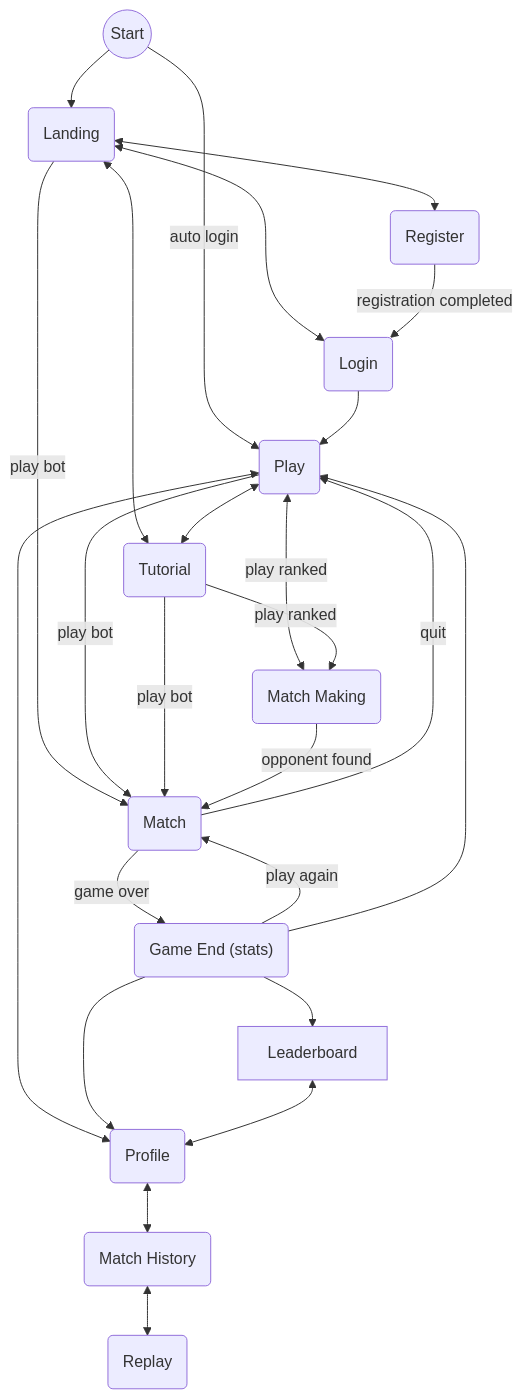
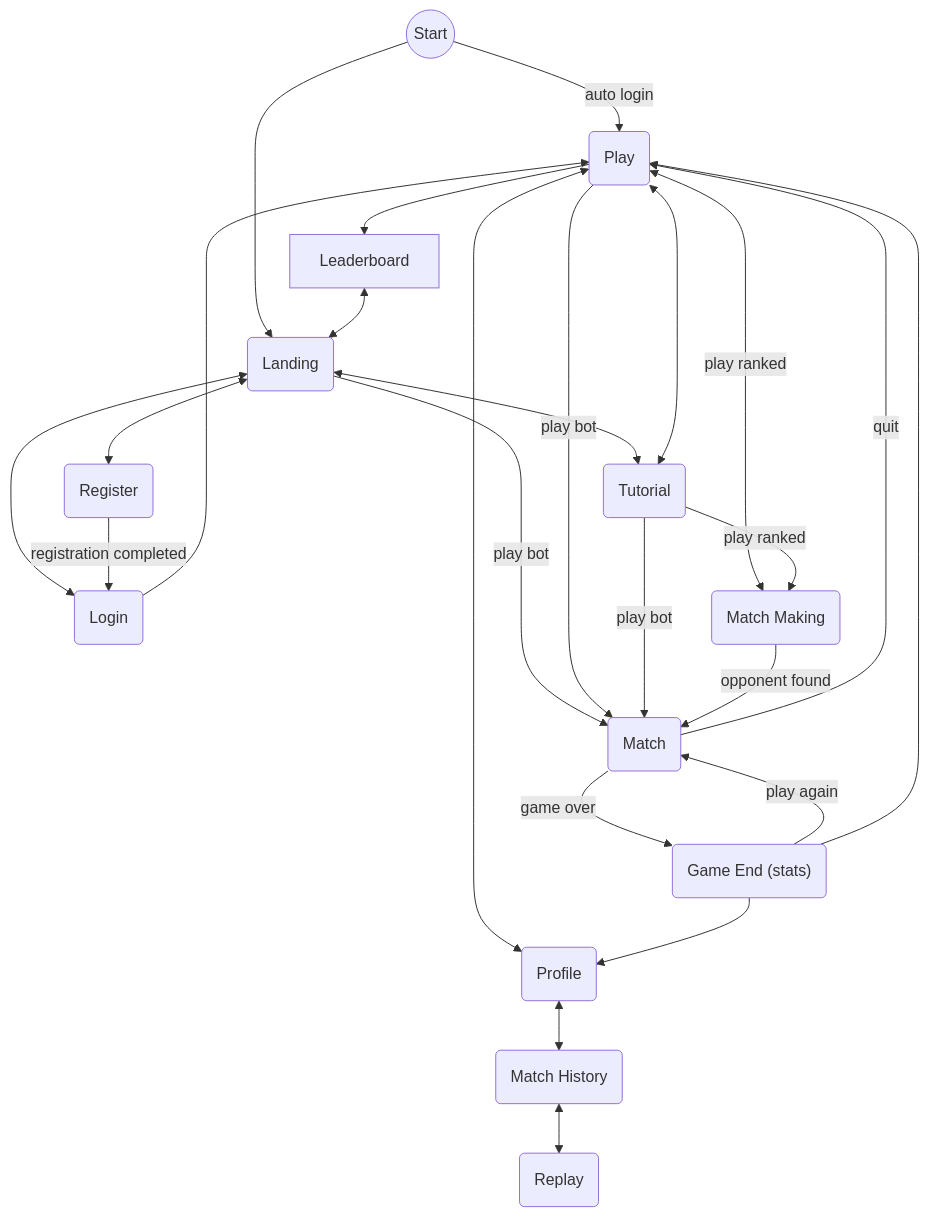
Before and after one commit to AndreaB2000/ASW-project: the first of 7 diagrams in docs/report.md, drawn with Mermaid.

Commit message:
docs: update page flow design

````diff
--- a/docs/report.md
+++ b/docs/report.md
@@ -133,27 +133,27 @@
 ```mermaid
 flowchart TD
     A@{ shape: circle, label: "Start" } -->|auto login| Play(Play)
     A@{ shape: circle, label: "Start" } --> Landing(Landing)
     Landing <--> Login(Login)
     Landing <--> Register(Register)
     Landing <--> Tutorial(Tutorial)
     Landing -->|play bot| Match
     Register -->|registration completed| Login
     Login --> Play
     Play <--> Tutorial(Tutorial)
     Play <-->|play ranked| MatchMaking(Match Making)
     Play -->|play bot| Match
     Play <--> Profile(Profile)
     Tutorial -->|play ranked| MatchMaking
     Tutorial -->|play bot| Match
     MatchMaking -->|opponent found| Match(Match)
     Match -->|quit| Play
     Match -->|game over| GameEnd("Game End (stats)")
     GameEnd -->|play again| Match
     GameEnd --> Play
-    GameEnd --> Leaderboard
+    Play --> Leaderboard
     GameEnd --> Profile
-    Leaderboard <--> Profile
+    Leaderboard <--> Landing
     Profile <--> MatchHistory(Match History)
     MatchHistory <--> Replay(Replay)
 ```
````
